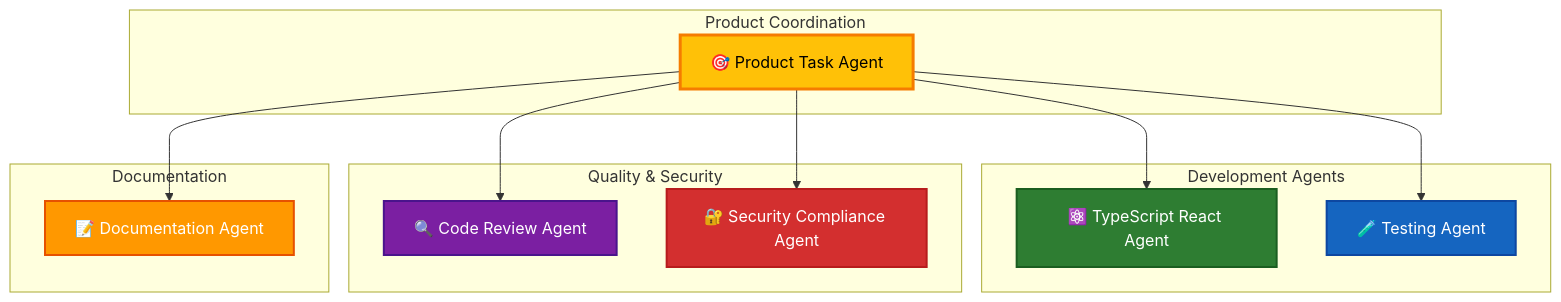
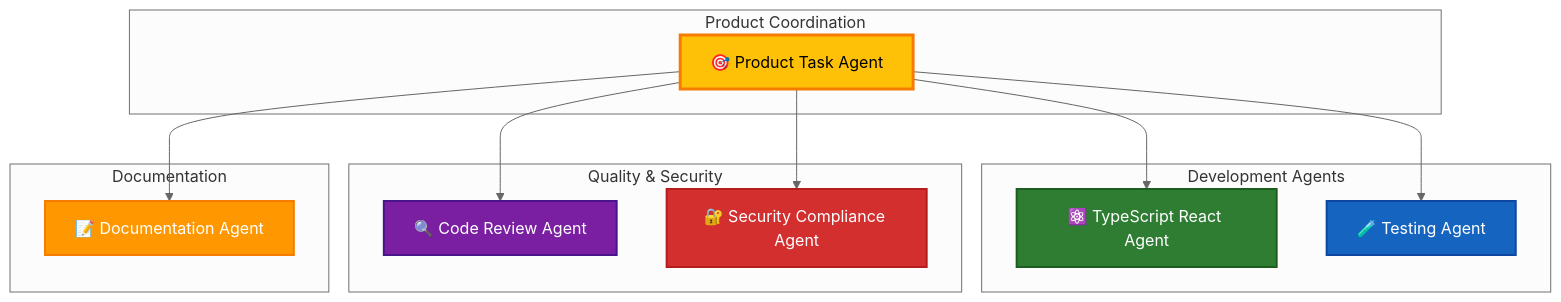
The diagram in README.md (step-security-bot/cia-compliance-manager), drawn with Mermaid before and after one commit. The commit also changed other lines of this file and 25 other files, not shown here.

````diff
--- a/README.md
+++ b/README.md
@@ -105,33 +226,34 @@
 ```mermaid
+%%{init: {'theme': 'neutral'}}%%
 graph TB
     subgraph "Product Coordination"
         TASK[🎯 Product Task Agent]:::task
     end
     
     subgraph "Development Agents"
         TS[⚛️ TypeScript React Agent]:::dev
         TEST[🧪 Testing Agent]:::test
     end
     
     subgraph "Quality & Security"
         CR[🔍 Code Review Agent]:::review
         SEC[🔐 Security Compliance Agent]:::security
     end
     
     subgraph "Documentation"
         DOC[📝 Documentation Agent]:::docs
     end
     
     TASK --> TS
     TASK --> TEST
     TASK --> CR
     TASK --> SEC
     TASK --> DOC
     
     classDef task fill:#FFC107,stroke:#F57C00,stroke-width:3px,color:#000
     classDef dev fill:#2E7D32,stroke:#1B5E20,stroke-width:2px,color:#fff
     classDef test fill:#1565C0,stroke:#0D47A1,stroke-width:2px,color:#fff
     classDef review fill:#7B1FA2,stroke:#4A148C,stroke-width:2px,color:#fff
     classDef security fill:#D32F2F,stroke:#B71C1C,stroke-width:2px,color:#fff
-    classDef docs fill:#FF9800,stroke:#E65100,stroke-width:2px,color:#fff
+    classDef docs fill:#FF9800,stroke:#F57C00,stroke-width:2px,color:#fff
 ```
````
